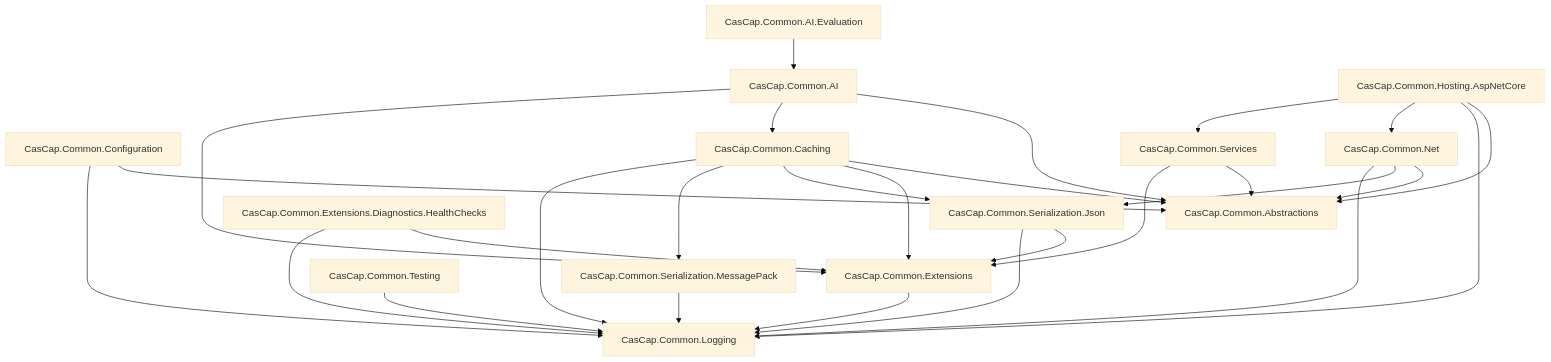
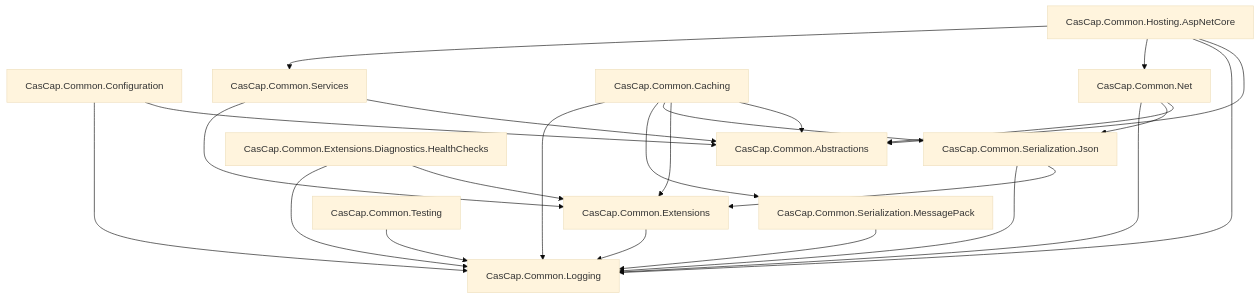
The first of 2 diagrams in README.md (f2calv/CasCap.Common), drawn with Mermaid (base theme) before and after one commit. The commit also changed other lines of this file and 72 other files, not shown here.

First line of the commit message:
refactor!: move CasCap.Common.AI and CasCap.Common.AI.Evaluation to agentizr

````diff
--- a/README.md
+++ b/README.md
@@ -85,45 +77,39 @@
 ```mermaid
 graph TD
     Logging[CasCap.Common.Logging]
     Abstractions[CasCap.Common.Abstractions]
     Extensions[CasCap.Common.Extensions]
     Configuration[CasCap.Common.Configuration]
     SerJson[CasCap.Common.Serialization.Json]
     SerMsgPack[CasCap.Common.Serialization.MessagePack]
     Net[CasCap.Common.Net]
     Caching[CasCap.Common.Caching]
     Services[CasCap.Common.Services]
     HealthChecks[CasCap.Common.Extensions.Diagnostics.HealthChecks]
     Testing[CasCap.Common.Testing]
-    AI[CasCap.Common.AI]
-    AIEvaluation[CasCap.Common.AI.Evaluation]
     HostingAspNetCore[CasCap.Common.Hosting.AspNetCore]
 
     Extensions --> Logging
     Configuration --> Abstractions
     Configuration --> Logging
     SerJson --> Extensions
     SerJson --> Logging
     SerMsgPack --> Logging
     Net --> Abstractions
     Net --> SerJson
     Net --> Logging
     HealthChecks --> Extensions
     HealthChecks --> Logging
     Testing --> Logging
     Services --> Abstractions
     Services --> Extensions
     Caching --> Abstractions
     Caching --> Extensions
     Caching --> SerJson
     Caching --> SerMsgPack
     Caching --> Logging
-    AI --> Abstractions
-    AI --> Caching
-    AI --> Extensions
-    AIEvaluation --> AI
     HostingAspNetCore --> Abstractions
     HostingAspNetCore --> Logging
     HostingAspNetCore --> Net
     HostingAspNetCore --> Services
 ```
````
